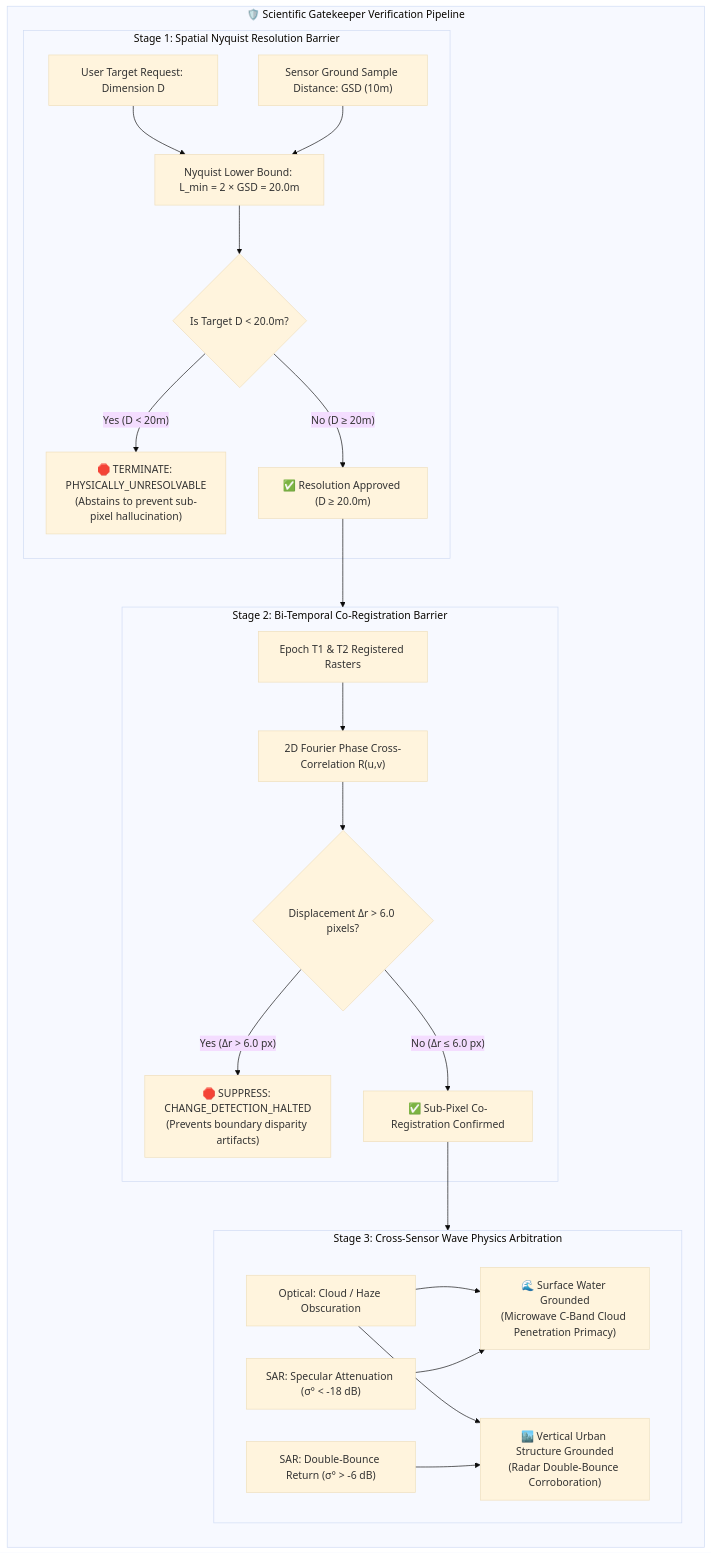
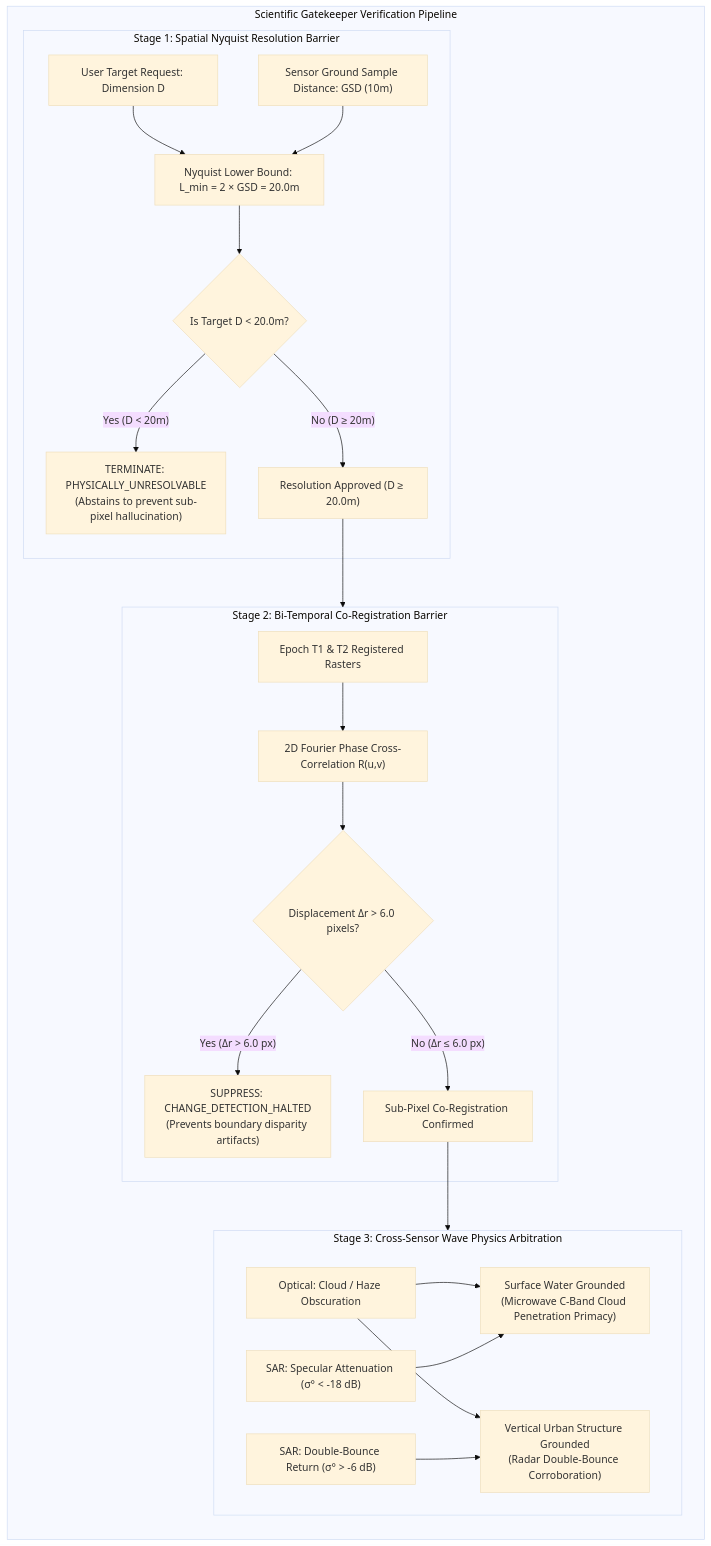
The diagram in SCIENTIFIC_METHODS.md (Gowrav-M/satquery-ai-sih-2026-evidence), drawn with Mermaid (base theme) before and after one commit. The commit also changed 3 other files, not shown here.

Commit message:
docs: remove all emoji characters from diagrams and headings for clean professional rendering

````diff
--- a/SCIENTIFIC_METHODS.md
+++ b/SCIENTIFIC_METHODS.md
@@ -82,46 +82,46 @@
 ```mermaid
 flowchart TD
-    subgraph Gatekeeper ["🛡️ Scientific Gatekeeper Verification Pipeline"]
+    subgraph Gatekeeper ["Scientific Gatekeeper Verification Pipeline"]
         direction TB
         
         subgraph Stage1 ["Stage 1: Spatial Nyquist Resolution Barrier"]
             Q_Target["User Target Request: Dimension D"]
             Sensor_GSD["Sensor Ground Sample Distance: GSD (10m)"]
             NyquistCalc["Nyquist Lower Bound: L_min = 2 × GSD = 20.0m"]
             CheckNyquist{"Is Target D < 20.0m?"}
-            AbstainNyquist["🛑 TERMINATE: PHYSICALLY_UNRESOLVABLE<br/>(Abstains to prevent sub-pixel hallucination)"]
-            PassNyquist["✅ Resolution Approved (D ≥ 20.0m)"]
+            AbstainNyquist["TERMINATE: PHYSICALLY_UNRESOLVABLE<br/>(Abstains to prevent sub-pixel hallucination)"]
+            PassNyquist["Resolution Approved (D ≥ 20.0m)"]
             
             Q_Target & Sensor_GSD --> NyquistCalc --> CheckNyquist
             CheckNyquist -- "Yes (D < 20m)" --> AbstainNyquist
             CheckNyquist -- "No (D ≥ 20m)" --> PassNyquist
         end
 
         subgraph Stage2 ["Stage 2: Bi-Temporal Co-Registration Barrier"]
             RastersT1T2["Epoch T1 & T2 Registered Rasters"]
             Fourier2D["2D Fourier Phase Cross-Correlation R(u,v)"]
             CheckShift{"Displacement Δr > 6.0 pixels?"}
-            AbstainCoReg["🛑 SUPPRESS: CHANGE_DETECTION_HALTED<br/>(Prevents boundary disparity artifacts)"]
-            PassCoReg["✅ Sub-Pixel Co-Registration Confirmed"]
+            AbstainCoReg["SUPPRESS: CHANGE_DETECTION_HALTED<br/>(Prevents boundary disparity artifacts)"]
+            PassCoReg["Sub-Pixel Co-Registration Confirmed"]
 
             RastersT1T2 --> Fourier2D --> CheckShift
             CheckShift -- "Yes (Δr > 6.0 px)" --> AbstainCoReg
             CheckShift -- "No (Δr ≤ 6.0 px)" --> PassCoReg
         end
 
         subgraph Stage3 ["Stage 3: Cross-Sensor Wave Physics Arbitration"]
             OptCloud["Optical: Cloud / Haze Obscuration"]
             SARSpec["SAR: Specular Attenuation (σ° < -18 dB)"]
             SARDouble["SAR: Double-Bounce Return (σ° > -6 dB)"]
             
-            ArbWater["🌊 Surface Water Grounded<br/>(Microwave C-Band Cloud Penetration Primacy)"]
-            ArbUrban["🏙️ Vertical Urban Structure Grounded<br/>(Radar Double-Bounce Corroboration)"]
+            ArbWater["Surface Water Grounded<br/>(Microwave C-Band Cloud Penetration Primacy)"]
+            ArbUrban["Vertical Urban Structure Grounded<br/>(Radar Double-Bounce Corroboration)"]
 
             OptCloud & SARSpec --> ArbWater
             OptCloud & SARDouble --> ArbUrban
         end
 
         PassNyquist --> Stage2
         PassCoReg --> Stage3
     end
 ```
````
